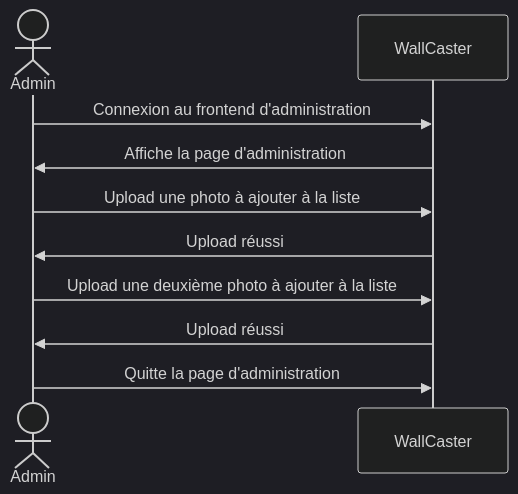
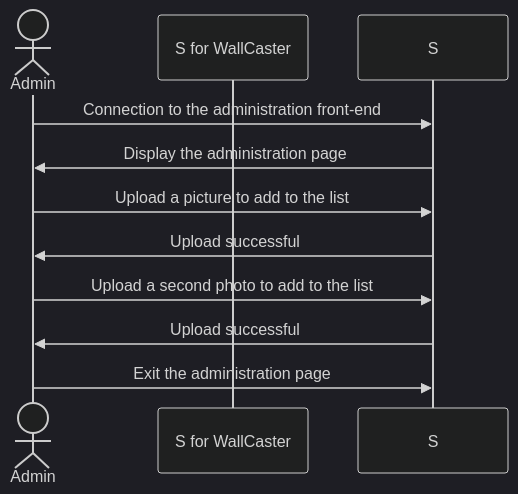
The first of 17 diagrams in doc/analisis-report.md (WallCaster/WallCaster), drawn with Mermaid (dark theme) before and after one commit. The commit also changed other lines of this file, not shown here.

````diff
--- a/doc/analisis-report.md
+++ b/doc/analisis-report.md
@@ -73,12 +73,12 @@
 ```mermaid
 sequenceDiagram
   actor Admin 
-  participant S as WallCaster
-  Admin ->> S : Connexion au frontend d'administration
-  S ->> Admin : Affiche la page d'administration
-  Admin ->> S : Upload une photo à ajouter à la liste
-  S ->> Admin : Upload réussi
-  Admin ->> S : Upload une deuxième photo à ajouter à la liste
-  S ->> Admin : Upload réussi
-  Admin ->> S : Quitte la page d'administration
+  participant S for WallCaster
+  Admin ->> S : Connection to the administration front-end
+  S ->> Admin : Display the administration page
+  Admin ->> S : Upload a picture to add to the list
+  S ->> Admin : Upload successful
+  Admin ->> S : Upload a second photo to add to the list
+  S ->> Admin : Upload successful
+  Admin ->> S : Exit the administration page
 ```
````
